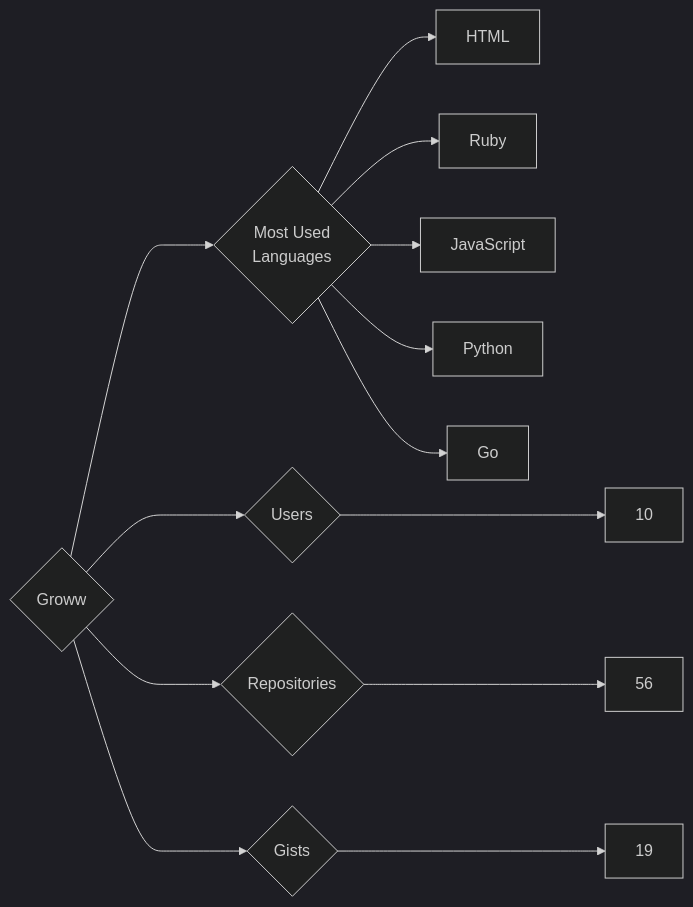
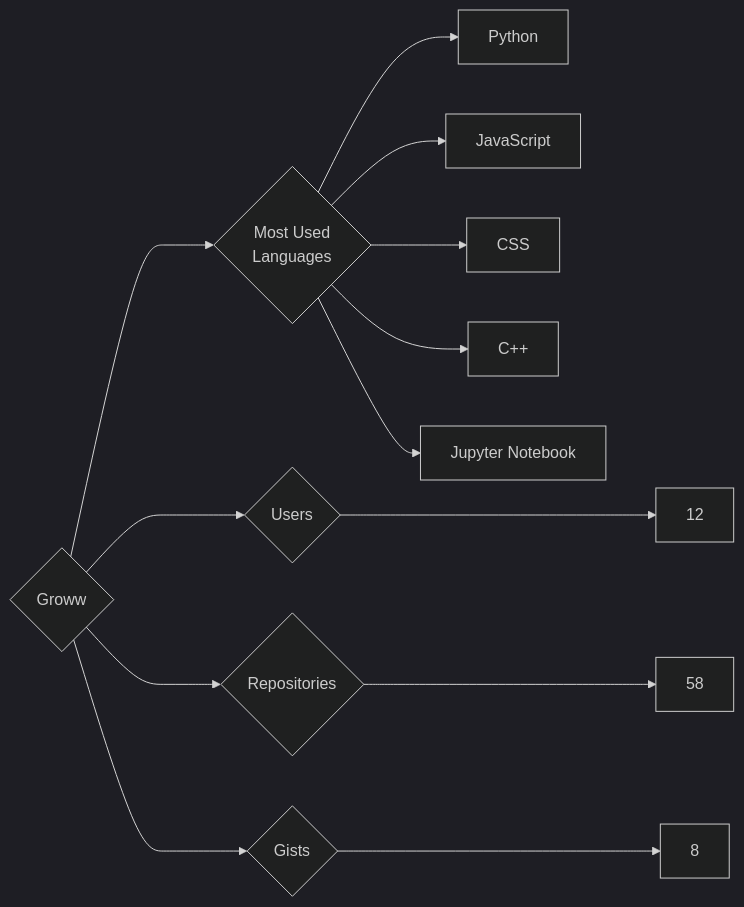
One commit to trickest/insiders changed the diagram in targets/Groww/README.md. Above: the diagram before and after it, drawn with Mermaid (dark theme). The commit also changed 1175 other files, not shown here.

````diff
--- a/targets/Groww/README.md
+++ b/targets/Groww/README.md
@@ -3,13 +3,13 @@
 ```mermaid
 graph LR
 COMPANY_NAME{Groww}
-COMPANY_NAME ---> U{Users} ---> UN[10]
-COMPANY_NAME ---> R{Repositories} ---> RN[56]
-COMPANY_NAME ---> G{Gists} ---> GN[19]
+COMPANY_NAME ---> U{Users} ---> UN[12]
+COMPANY_NAME ---> R{Repositories} ---> RN[58]
+COMPANY_NAME ---> G{Gists} ---> GN[8]
 COMPANY_NAME ---> ML{Most Used<br>Languages}
-ML --> HTML[HTML]
-ML --> Ruby[Ruby]
+ML --> Python[Python]
 ML --> JavaScript[JavaScript]
-ML --> Python[Python]
-ML --> Go[Go]
+ML --> CSS[CSS]
+ML --> C++[C++]
+ML --> Jupyter_Notebook[Jupyter Notebook]
 ```
````
